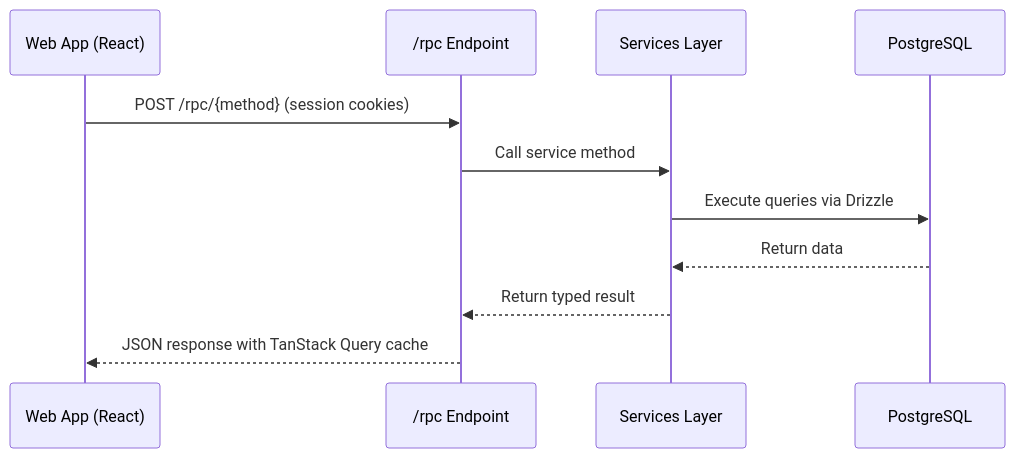
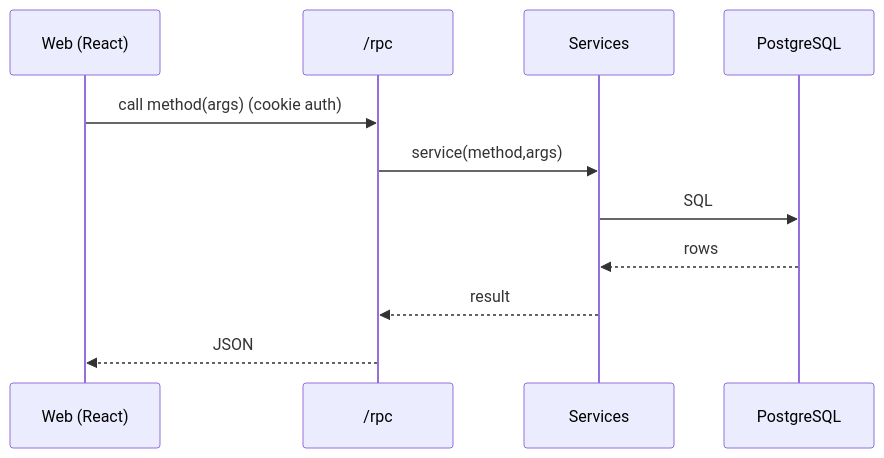
Before and after one commit to ivawzh/v0-bun-hono-tanstack-router: the second of 3 diagrams in .solo/designs/40-server-interfaces.md, drawn with Mermaid. The commit also changed other lines of this file and 6 other files, not shown here.

````diff
--- a/.solo/designs/40-server-interfaces.md
+++ b/.solo/designs/40-server-interfaces.md
@@ -68,14 +62,13 @@
 ```mermaid
 sequenceDiagram
-    participant Web as Web App (React)
-    participant RPC as /rpc Endpoint
-    participant Svc as Services Layer
-    participant DB as PostgreSQL
-
-    Web->>RPC: POST /rpc/{method} (session cookies)
-    RPC->>Svc: Call service method
-    Svc->>DB: Execute queries via Drizzle
-    DB-->>Svc: Return data
-    Svc-->>RPC: Return typed result
-    RPC-->>Web: JSON response with TanStack Query cache
+  participant Web as Web (React)
+  participant RPC as /rpc
+  participant S as Services
+  participant DB as PostgreSQL
+  Web->>RPC: call method(args) (cookie auth)
+  RPC->>S: service(method,args)
+  S->>DB: SQL
+  DB-->>S: rows
+  S-->>RPC: result
+  RPC-->>Web: JSON
 ```
````
